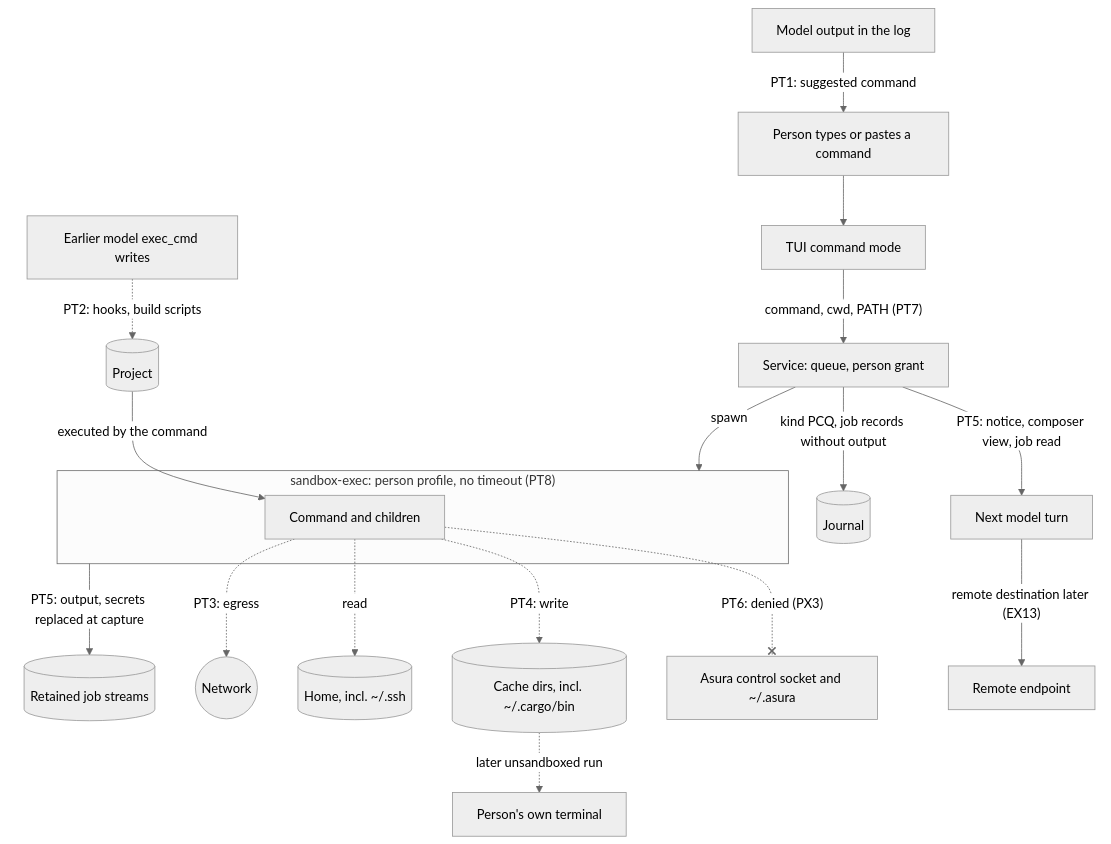
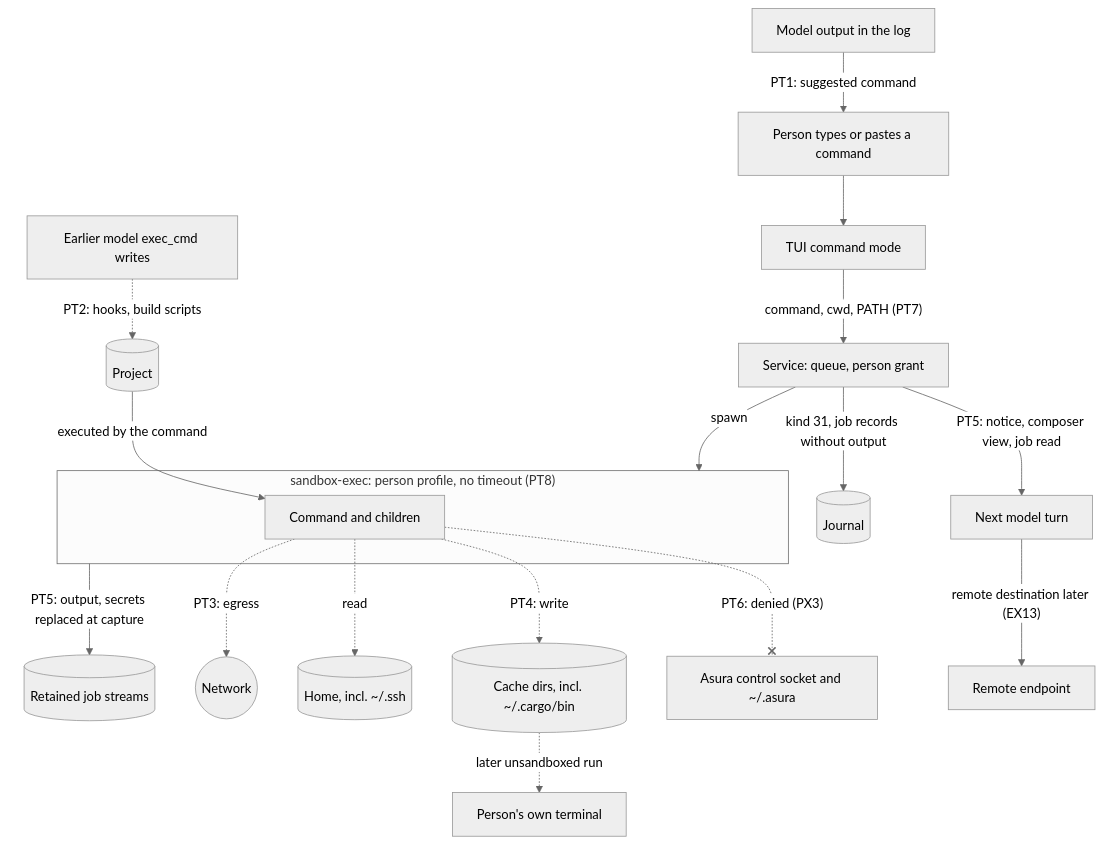
The second of 3 diagrams in docs/designs/execution-threat-model.md (pidster/asura), drawn with Mermaid (neutral theme) before and after one commit. The commit also changed other lines of this file and 14 other files, not shown here.

````diff
--- a/docs/designs/execution-threat-model.md
+++ b/docs/designs/execution-threat-model.md
@@ -431,21 +431,21 @@
 ```mermaid
 flowchart TD
     Model["Model output in the log"] -->|"PT1: suggested command"| Person["Person types or pastes a command"]
     Person --> TUI["TUI command mode"]
     TUI -->|"command, cwd, PATH (PT7)"| Svc["Service: queue, person grant"]
-    Svc -->|"kind PCQ, job records without output"| Journal[("Journal")]
+    Svc -->|"kind 31, job records without output"| Journal[("Journal")]
     Box -->|"PT5: output, secrets replaced at capture"| Retained[("Retained job streams")]
     Svc -->|"spawn"| Box
     subgraph Box["sandbox-exec: person profile, no timeout (PT8)"]
         Cmd["Command and children"]
     end
     ModelWrites["Earlier model exec_cmd writes"] -.->|"PT2: hooks, build scripts"| Proj[("Project")]
     Proj -->|"executed by the command"| Cmd
     Cmd -.->|"PT3: egress"| Net(("Network"))
     Cmd -.->|"read"| Home[("Home, incl. ~/.ssh")]
     Cmd -.->|"PT4: write"| Cache[("Cache dirs, incl. ~/.cargo/bin")]
     Cmd -.-x|"PT6: denied (PX3)"| Ctl["Asura control socket and ~/.asura"]
     Svc -->|"PT5: notice, composer view, job read"| Next["Next model turn"]
     Next -->|"remote destination later (EX13)"| Remote["Remote endpoint"]
     Cache -.->|"later unsandboxed run"| Terminal["Person's own terminal"]
 ```
````
